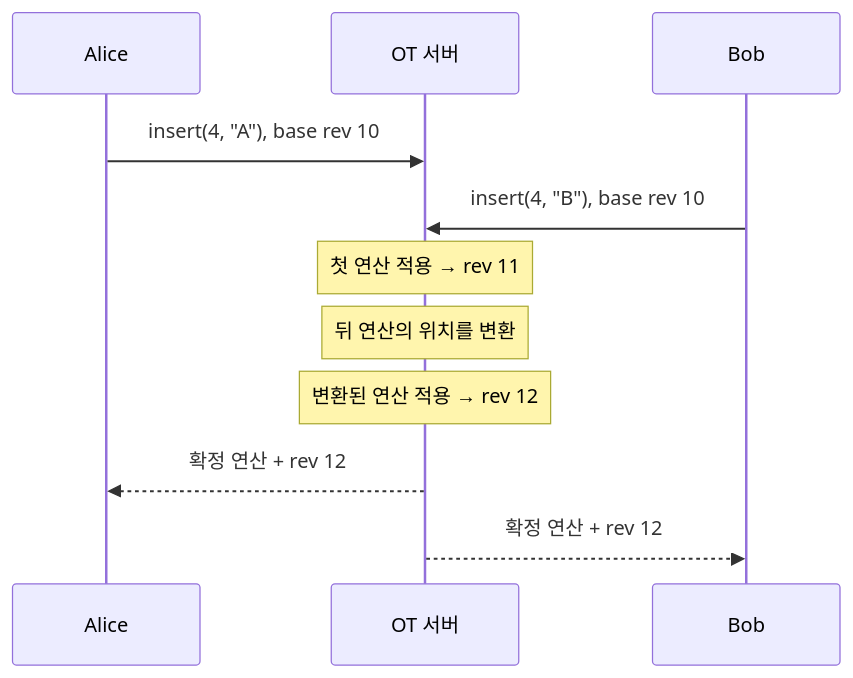
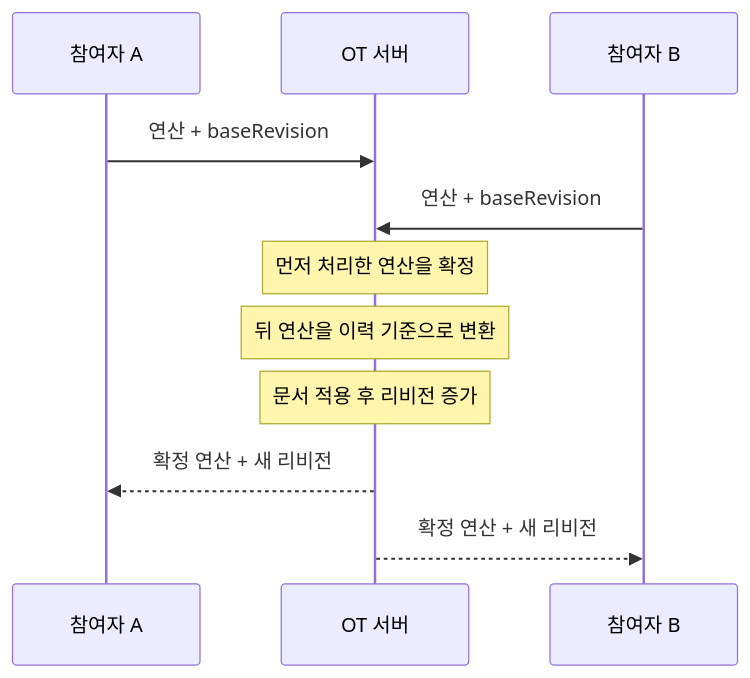
The first of 2 diagrams in PRESENTATION.md (seuchoi0531/same-time-editing-ot), drawn with Mermaid before and after one commit. The commit also changed other lines of this file, not shown here.

````diff
--- a/PRESENTATION.md
+++ b/PRESENTATION.md
@@ -74,14 +70,14 @@
 ```mermaid
 sequenceDiagram
-    participant A as Alice
+    participant A as 참여자 A
     participant S as OT 서버
-    participant B as Bob
+    participant B as 참여자 B
 
-    A->>S: insert(4, "A"), base rev 10
-    B->>S: insert(4, "B"), base rev 10
-    Note over S: 첫 연산 적용 → rev 11
-    Note over S: 뒤 연산의 위치를 변환
-    Note over S: 변환된 연산 적용 → rev 12
-    S-->>A: 확정 연산 + rev 12
-    S-->>B: 확정 연산 + rev 12
+    A->>S: 연산 + baseRevision
+    B->>S: 연산 + baseRevision
+    Note over S: 먼저 처리한 연산을 확정
+    Note over S: 뒤 연산을 이력 기준으로 변환
+    Note over S: 문서 적용 후 리비전 증가
+    S-->>A: 확정 연산 + 새 리비전
+    S-->>B: 확정 연산 + 새 리비전
 ```
````
